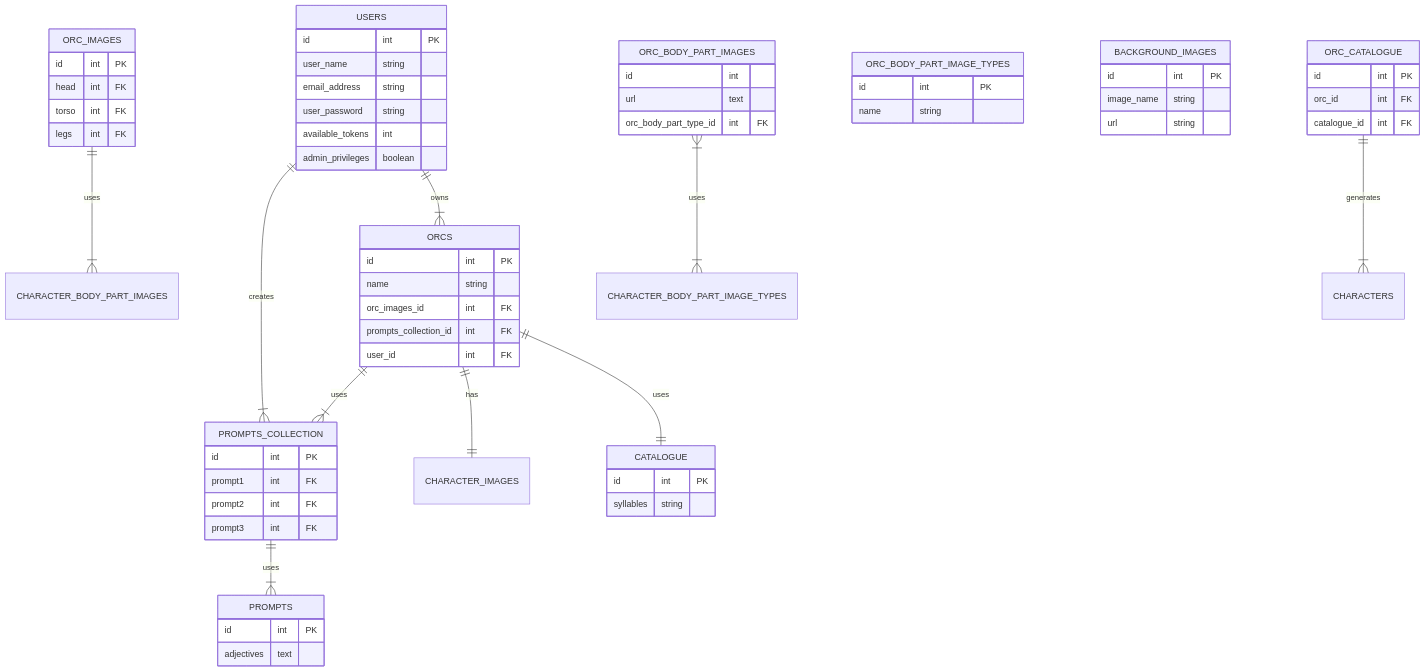
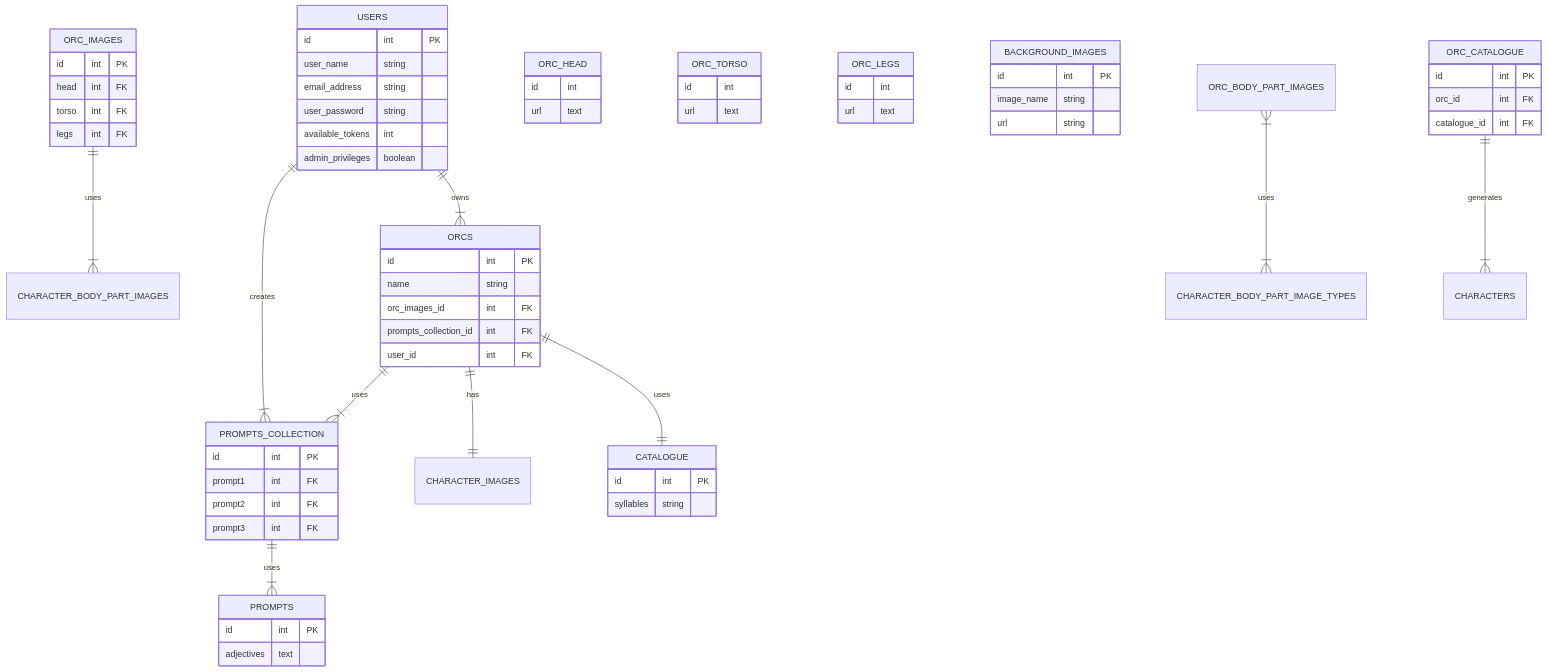
One commit to Wren00/create-an-orc changed the second of 2 diagrams in README.md. Above: the diagram before and after it, drawn with Mermaid.

````diff
--- a/README.md
+++ b/README.md
@@ -69,68 +69,71 @@
 ```mermaid
 erDiagram
 direction TB
 USERS {
 	id int PK
 	user_name string
 	email_address string
 	user_password string
 	available_tokens int
 	admin_privileges boolean 
 }
 PROMPTS {
  	id int PK
 	adjectives text
 }
 PROMPTS_COLLECTION {
 	id int PK
 	prompt1 int FK
 	prompt2 int FK
 	prompt3 int FK
 }
 ORCS {
  	id int PK
 	name string
 	orc_images_id int FK
 	prompts_collection_id int FK
 	user_id int FK
 }
 ORC_IMAGES {
 	id int PK
 	head int FK
 	torso int FK
 	legs int FK
 }
-ORC_BODY_PART_IMAGES {
+ORC_HEAD {
 	id int
 	url text 
-	orc_body_part_type_id int FK
 }
-ORC_BODY_PART_IMAGE_TYPES {
-	id int PK
-	name string
+ORC_TORSO {
+	id int
+	url text 
+}
+ORC_LEGS {
+	id int
+	url text 
 }
 BACKGROUND_IMAGES {
  	id int PK
 	image_name string
 	url string
 }
 ORC_CATALOGUE {
 	id int PK
 	orc_id int FK
 	catalogue_id int FK
 }
 CATALOGUE {
     id int PK
     syllables string
 }
 	USERS ||--|{ PROMPTS_COLLECTION : creates
 	USERS ||--|{ ORCS : owns
 	ORCS ||--|{ PROMPTS_COLLECTION : uses
 	ORCS ||--|| CHARACTER_IMAGES : has
 	ORCS ||--|| CATALOGUE : uses
 	ORC_IMAGES ||--|{ CHARACTER_BODY_PART_IMAGES : uses
 	ORC_BODY_PART_IMAGES }|--|{ CHARACTER_BODY_PART_IMAGE_TYPES : uses
 	ORC_CATALOGUE ||--|{ CHARACTERS : generates
 	PROMPTS_COLLECTION ||--|{ PROMPTS : uses
 	
 ```
````
